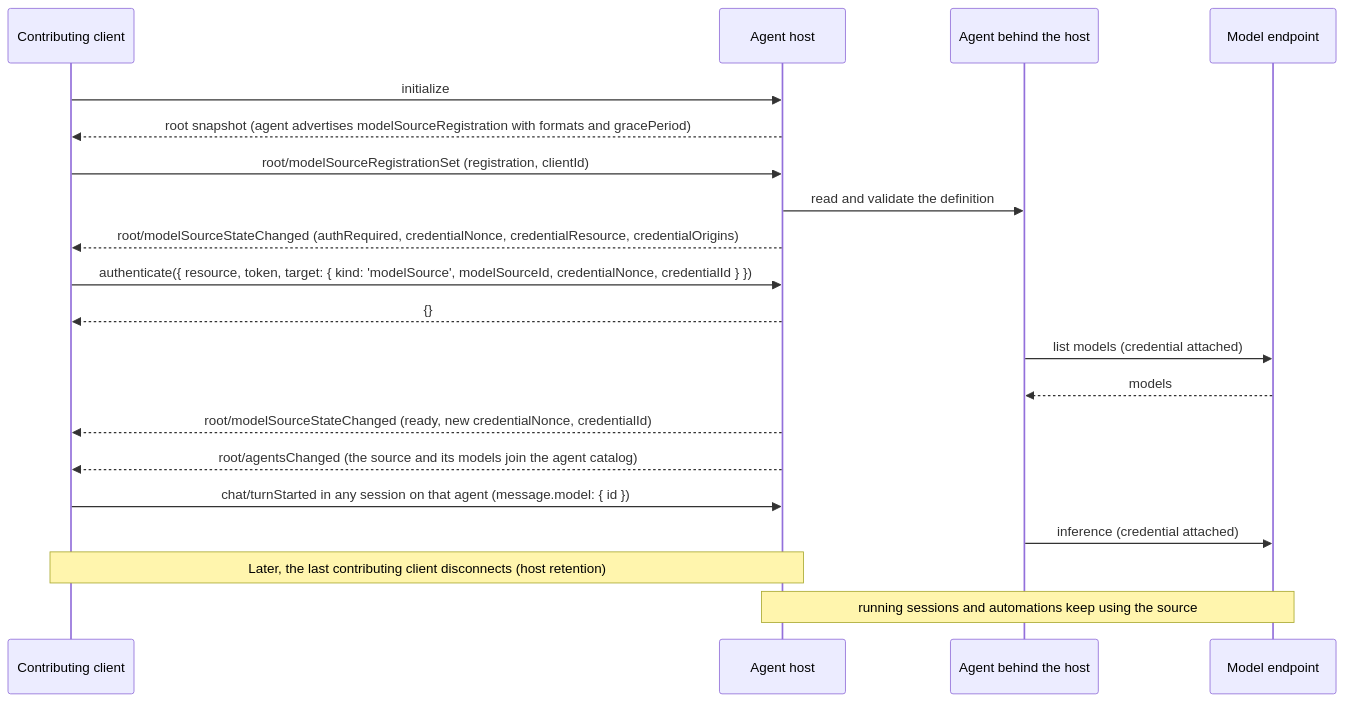
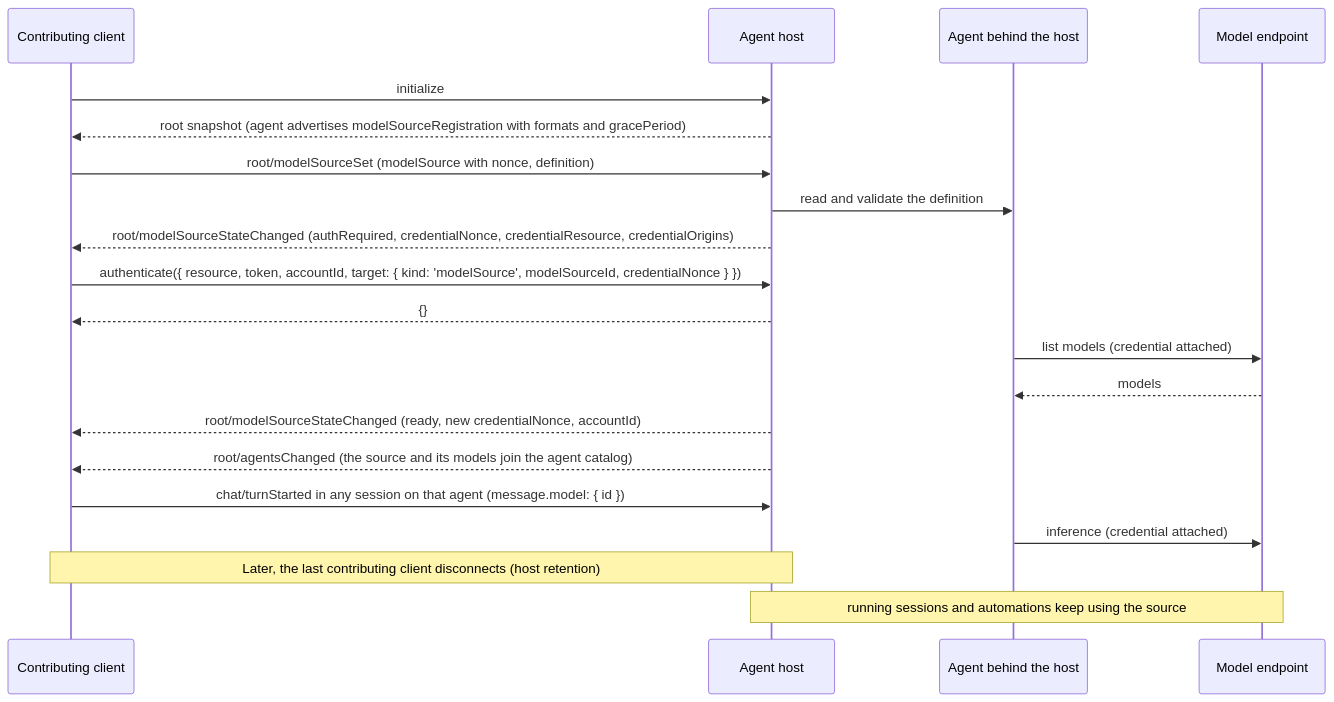
One commit to microsoft/agent-host-protocol changed the second of 2 diagrams in docs/proposals/model-source-registry.md. Above: the diagram before and after it, drawn with Mermaid. The commit also changed other lines of this file, not shown here.

First line of the commit message:
docs: address registry review on naming, client IDs, and definitions

````diff
--- a/docs/proposals/model-source-registry.md
+++ b/docs/proposals/model-source-registry.md
@@ -616,27 +616,27 @@
 ```mermaid
 sequenceDiagram
     participant C as Contributing client
     participant H as Agent host
     participant A as Agent behind the host
     participant E as Model endpoint
 
     C->>H: initialize
     H-->>C: root snapshot (agent advertises modelSourceRegistration with formats and gracePeriod)
 
-    C->>H: root/modelSourceRegistrationSet (registration, clientId)
+    C->>H: root/modelSourceSet (modelSource with nonce, definition)
     H->>A: read and validate the definition
     H-->>C: root/modelSourceStateChanged (authRequired, credentialNonce, credentialResource, credentialOrigins)
 
-    C->>H: authenticate({ resource, token, target: { kind: 'modelSource', modelSourceId, credentialNonce, credentialId } })
+    C->>H: authenticate({ resource, token, accountId, target: { kind: 'modelSource', modelSourceId, credentialNonce } })
     H-->>C: {}
     A->>E: list models (credential attached)
     E-->>A: models
-    H-->>C: root/modelSourceStateChanged (ready, new credentialNonce, credentialId)
+    H-->>C: root/modelSourceStateChanged (ready, new credentialNonce, accountId)
     H-->>C: root/agentsChanged (the source and its models join the agent catalog)
 
     C->>H: chat/turnStarted in any session on that agent (message.model: { id })
     A->>E: inference (credential attached)
 
     Note over C,H: Later, the last contributing client disconnects (host retention)
     Note over H,E: running sessions and automations keep using the source
 ```
````
